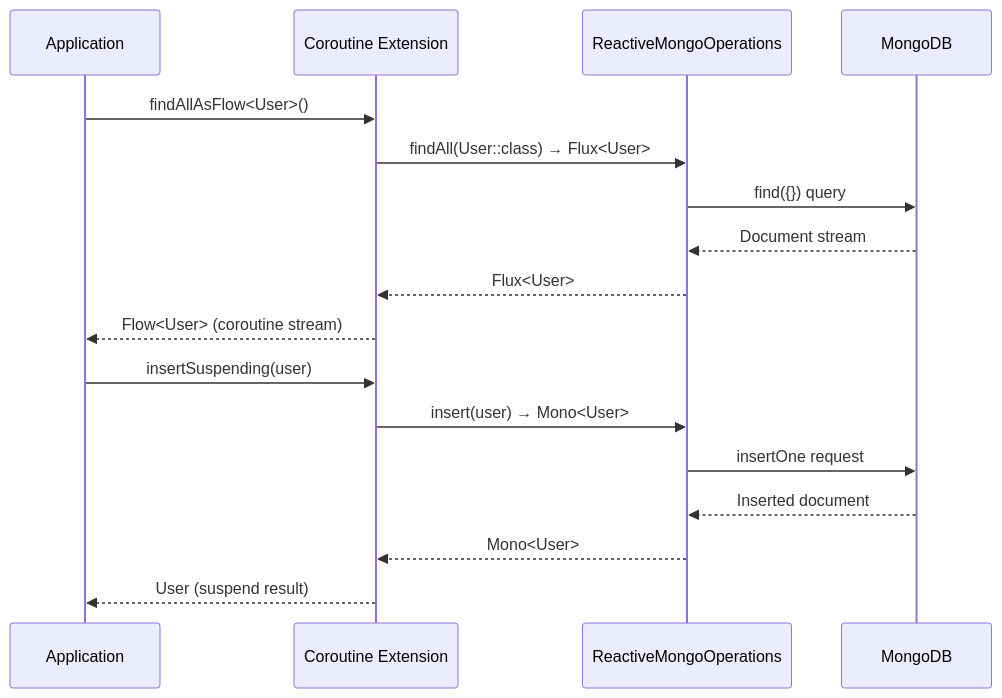
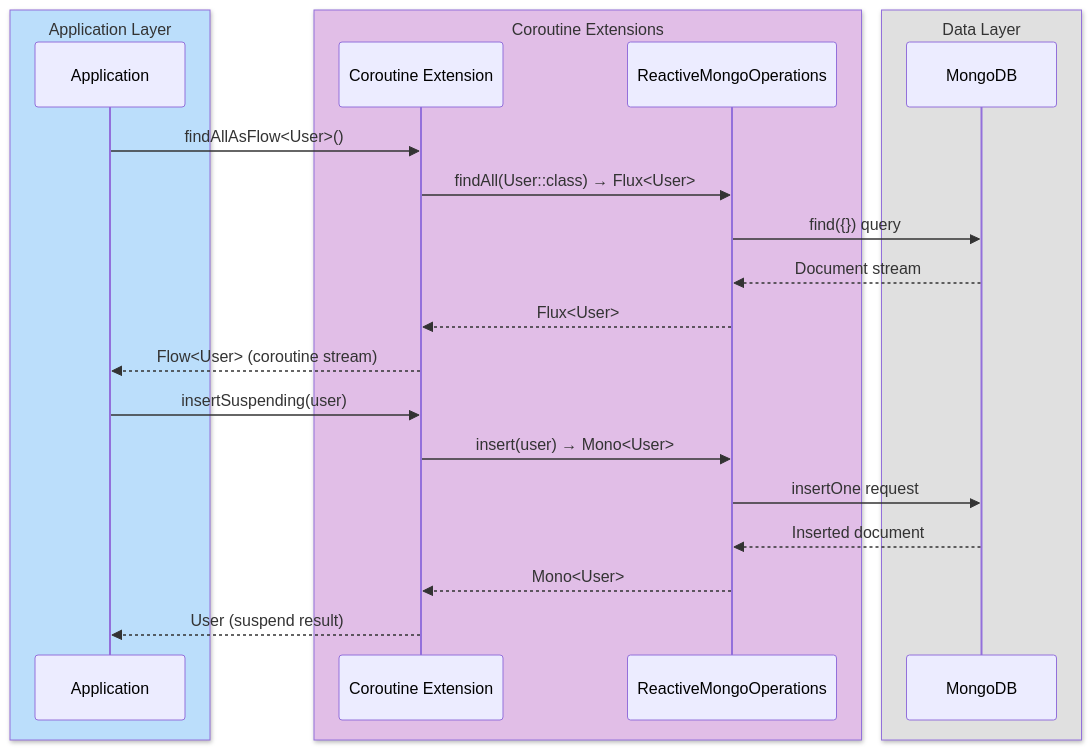
Before and after one commit to bluetape4k/bluetape4k-projects: the fourth of 4 diagrams in spring-boot3/mongodb/README.md, drawn with Mermaid. The commit also changed other lines of this file and 221 other files, not shown here.

First line of the commit message:
docs: 전체 모듈 README UML 다이어그램 보강 및 색상 업그레이드

````diff
--- a/spring-boot3/mongodb/README.md
+++ b/spring-boot3/mongodb/README.md
@@ -299,21 +330,27 @@
 ```mermaid
 sequenceDiagram
-    participant App as Application
-    participant Ext as Coroutine Extension
-    participant Ops as ReactiveMongoOperations
-    participant DB as MongoDB
+    box rgb(187,222,251) Application Layer
+        participant App as Application
+    end
+    box rgb(225,190,231) Coroutine Extensions
+        participant Ext as Coroutine Extension
+        participant Ops as ReactiveMongoOperations
+    end
+    box rgb(224,224,224) Data Layer
+        participant DB as MongoDB
+    end
 
     App->>Ext: findAllAsFlow<User>()
     Ext->>Ops: findAll(User::class) → Flux<User>
     Ops->>DB: find({}) query
     DB-->>Ops: Document stream
     Ops-->>Ext: Flux<User>
     Ext-->>App: Flow<User> (coroutine stream)
 
     App->>Ext: insertSuspending(user)
     Ext->>Ops: insert(user) → Mono<User>
     Ops->>DB: insertOne request
     DB-->>Ops: Inserted document
     Ops-->>Ext: Mono<User>
     Ext-->>App: User (suspend result)
 ```
````
